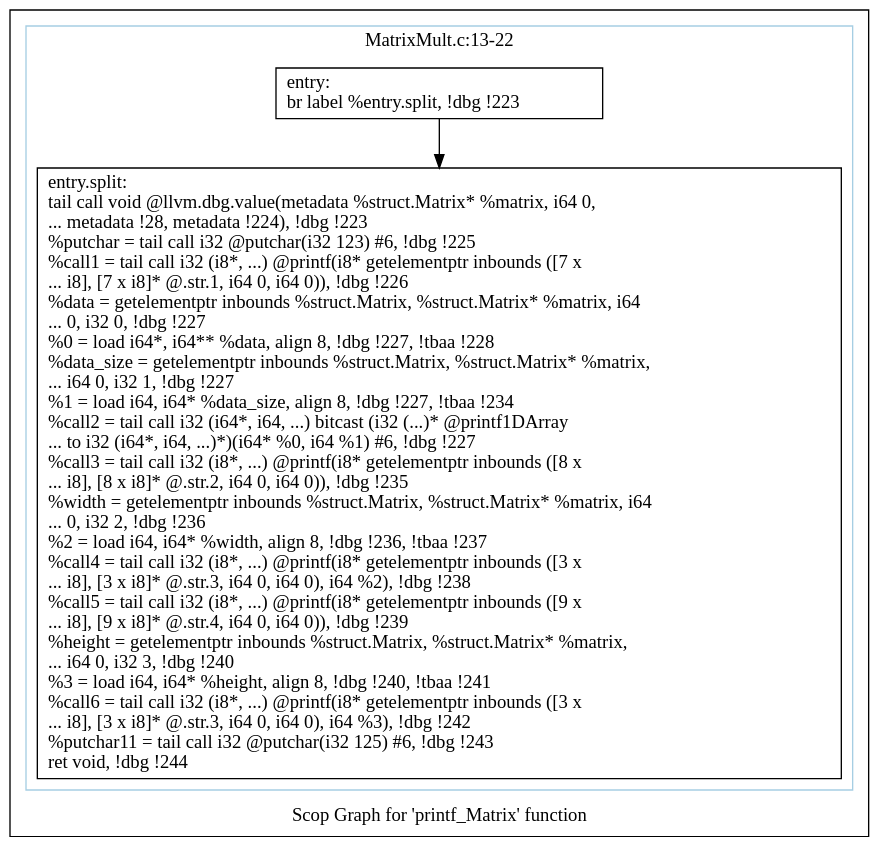
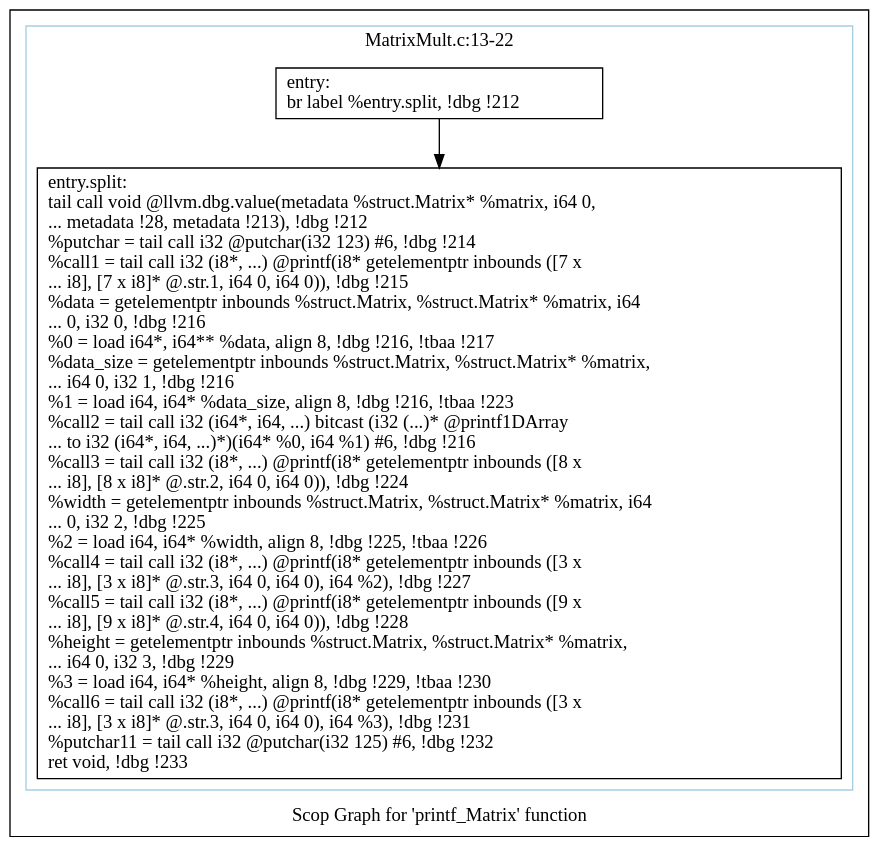
One commit to samminweng/WhileyOpenCL changed the diagram in polly/MatrixMult/impl/autogenerate/dot/scops.printf_Matrix.dot. Above: the diagram before and after it, drawn with Graphviz. The commit also changed 29 other files, not shown here.

```diff
--- a/polly/MatrixMult/impl/autogenerate/dot/scops.printf_Matrix.dot
+++ b/polly/MatrixMult/impl/autogenerate/dot/scops.printf_Matrix.dot
@@ -1,16 +1,16 @@
 digraph "Scop Graph for 'printf_Matrix' function" {
 	label="Scop Graph for 'printf_Matrix' function";
 
-	Node0xa8719b0 [shape=record,label="{entry:\l  br label %entry.split, !dbg !223\l}"];
-	Node0xa8719b0 -> Node0xa8091f0;
-	Node0xa8091f0 [shape=record,label="{entry.split:                                      \l  tail call void @llvm.dbg.value(metadata %struct.Matrix* %matrix, i64 0,\l... metadata !28, metadata !224), !dbg !223\l  %putchar = tail call i32 @putchar(i32 123) #6, !dbg !225\l  %call1 = tail call i32 (i8*, ...) @printf(i8* getelementptr inbounds ([7 x\l... i8], [7 x i8]* @.str.1, i64 0, i64 0)), !dbg !226\l  %data = getelementptr inbounds %struct.Matrix, %struct.Matrix* %matrix, i64\l... 0, i32 0, !dbg !227\l  %0 = load i64*, i64** %data, align 8, !dbg !227, !tbaa !228\l  %data_size = getelementptr inbounds %struct.Matrix, %struct.Matrix* %matrix,\l... i64 0, i32 1, !dbg !227\l  %1 = load i64, i64* %data_size, align 8, !dbg !227, !tbaa !234\l  %call2 = tail call i32 (i64*, i64, ...) bitcast (i32 (...)* @printf1DArray\l... to i32 (i64*, i64, ...)*)(i64* %0, i64 %1) #6, !dbg !227\l  %call3 = tail call i32 (i8*, ...) @printf(i8* getelementptr inbounds ([8 x\l... i8], [8 x i8]* @.str.2, i64 0, i64 0)), !dbg !235\l  %width = getelementptr inbounds %struct.Matrix, %struct.Matrix* %matrix, i64\l... 0, i32 2, !dbg !236\l  %2 = load i64, i64* %width, align 8, !dbg !236, !tbaa !237\l  %call4 = tail call i32 (i8*, ...) @printf(i8* getelementptr inbounds ([3 x\l... i8], [3 x i8]* @.str.3, i64 0, i64 0), i64 %2), !dbg !238\l  %call5 = tail call i32 (i8*, ...) @printf(i8* getelementptr inbounds ([9 x\l... i8], [9 x i8]* @.str.4, i64 0, i64 0)), !dbg !239\l  %height = getelementptr inbounds %struct.Matrix, %struct.Matrix* %matrix,\l... i64 0, i32 3, !dbg !240\l  %3 = load i64, i64* %height, align 8, !dbg !240, !tbaa !241\l  %call6 = tail call i32 (i8*, ...) @printf(i8* getelementptr inbounds ([3 x\l... i8], [3 x i8]* @.str.3, i64 0, i64 0), i64 %3), !dbg !242\l  %putchar11 = tail call i32 @putchar(i32 125) #6, !dbg !243\l  ret void, !dbg !244\l}"];
+	Node0xa4e6c70 [shape=record,label="{entry:\l  br label %entry.split, !dbg !212\l}"];
+	Node0xa4e6c70 -> Node0xa3e4e90;
+	Node0xa3e4e90 [shape=record,label="{entry.split:                                      \l  tail call void @llvm.dbg.value(metadata %struct.Matrix* %matrix, i64 0,\l... metadata !28, metadata !213), !dbg !212\l  %putchar = tail call i32 @putchar(i32 123) #6, !dbg !214\l  %call1 = tail call i32 (i8*, ...) @printf(i8* getelementptr inbounds ([7 x\l... i8], [7 x i8]* @.str.1, i64 0, i64 0)), !dbg !215\l  %data = getelementptr inbounds %struct.Matrix, %struct.Matrix* %matrix, i64\l... 0, i32 0, !dbg !216\l  %0 = load i64*, i64** %data, align 8, !dbg !216, !tbaa !217\l  %data_size = getelementptr inbounds %struct.Matrix, %struct.Matrix* %matrix,\l... i64 0, i32 1, !dbg !216\l  %1 = load i64, i64* %data_size, align 8, !dbg !216, !tbaa !223\l  %call2 = tail call i32 (i64*, i64, ...) bitcast (i32 (...)* @printf1DArray\l... to i32 (i64*, i64, ...)*)(i64* %0, i64 %1) #6, !dbg !216\l  %call3 = tail call i32 (i8*, ...) @printf(i8* getelementptr inbounds ([8 x\l... i8], [8 x i8]* @.str.2, i64 0, i64 0)), !dbg !224\l  %width = getelementptr inbounds %struct.Matrix, %struct.Matrix* %matrix, i64\l... 0, i32 2, !dbg !225\l  %2 = load i64, i64* %width, align 8, !dbg !225, !tbaa !226\l  %call4 = tail call i32 (i8*, ...) @printf(i8* getelementptr inbounds ([3 x\l... i8], [3 x i8]* @.str.3, i64 0, i64 0), i64 %2), !dbg !227\l  %call5 = tail call i32 (i8*, ...) @printf(i8* getelementptr inbounds ([9 x\l... i8], [9 x i8]* @.str.4, i64 0, i64 0)), !dbg !228\l  %height = getelementptr inbounds %struct.Matrix, %struct.Matrix* %matrix,\l... i64 0, i32 3, !dbg !229\l  %3 = load i64, i64* %height, align 8, !dbg !229, !tbaa !230\l  %call6 = tail call i32 (i8*, ...) @printf(i8* getelementptr inbounds ([3 x\l... i8], [3 x i8]* @.str.3, i64 0, i64 0), i64 %3), !dbg !231\l  %putchar11 = tail call i32 @putchar(i32 125) #6, !dbg !232\l  ret void, !dbg !233\l}"];
 	colorscheme = "paired12"
-        subgraph cluster_0xa887640 {
+        subgraph cluster_0xa411b70 {
           label = "MatrixMult.c:13-22
 ";
           style = solid;
           color = 1
-          Node0xa8719b0;
-          Node0xa8091f0;
+          Node0xa4e6c70;
+          Node0xa3e4e90;
         }
 }
```
